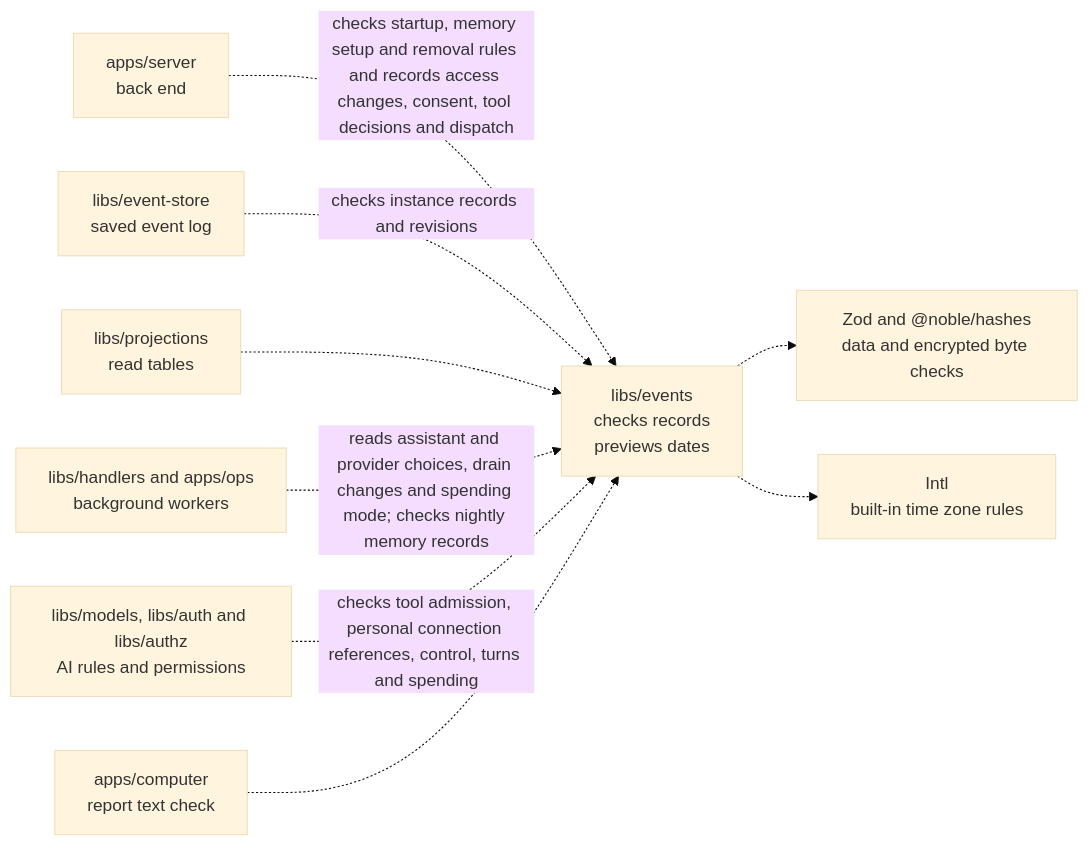
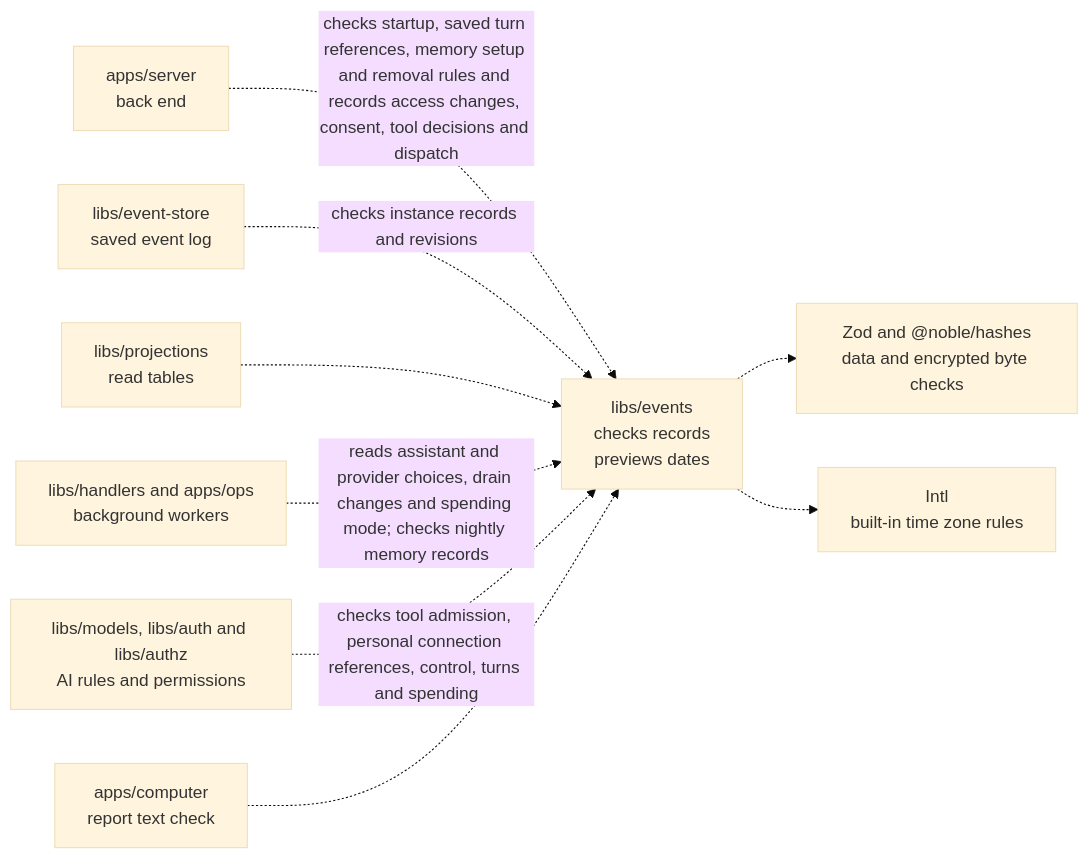
The diagram in libs/events/README.md (elewa-git/opencrane-new), drawn with Mermaid (base theme) before and after one commit. The commit also changed other lines of this file and 12 other files, not shown here.

Commit message:
🧠 Rebuild private turn memory references from saved records

````diff
--- a/libs/events/README.md
+++ b/libs/events/README.md
@@ -25,11 +27,11 @@
 ```mermaid
 flowchart LR
-  server["apps/server<br/>back end"] -.->|checks startup, memory setup and removal rules and records access changes, consent, tool decisions and dispatch| events["libs/events<br/>checks records<br/>previews dates"]
+  server["apps/server<br/>back end"] -.->|checks startup, saved turn references, memory setup and removal rules and records access changes, consent, tool decisions and dispatch| events["libs/events<br/>checks records<br/>previews dates"]
   store["libs/event-store<br/>saved event log"] -.->|checks instance records and revisions| events
   projections["libs/projections<br/>read tables"] -.-> events
   workers["libs/handlers and apps/ops<br/>background workers"] -.->|reads assistant and provider choices, drain changes and spending mode; checks nightly memory records| events["libs/events<br/>checks records<br/>previews dates"]
   others["libs/models, libs/auth and libs/authz<br/>AI rules and permissions"] -.->|checks tool admission, personal connection references, control, turns and spending| events
   computer["apps/computer<br/>report text check"] -.-> events
   events -.-> checks["Zod and @noble/hashes<br/>data and encrypted byte checks"]
   events -.-> zones["Intl<br/>built-in time zone rules"]
 ```
````
